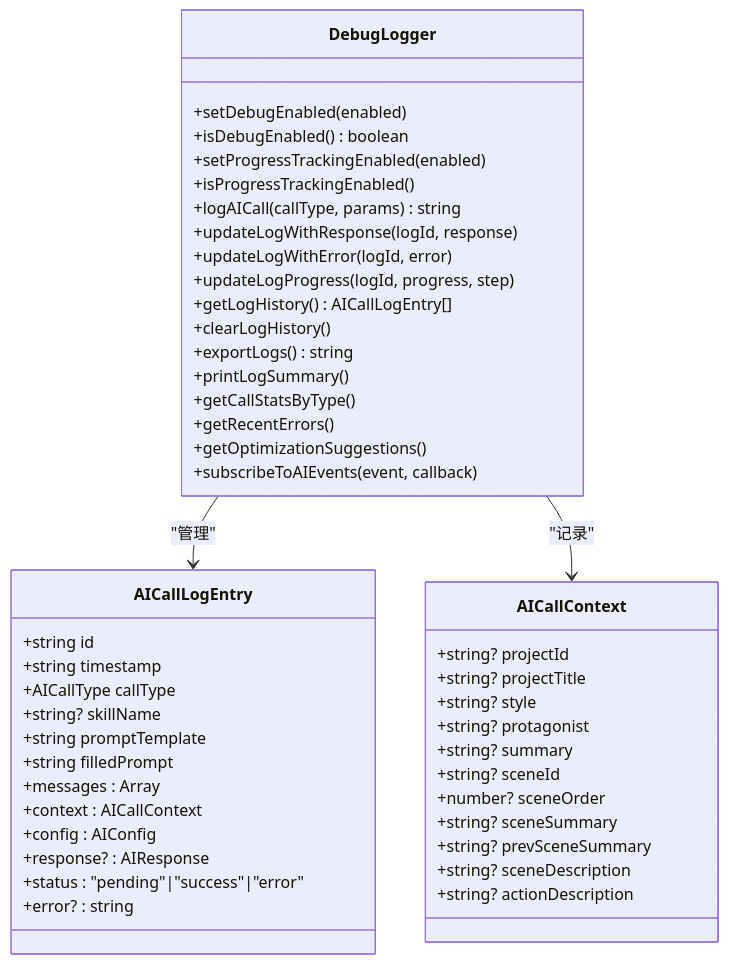
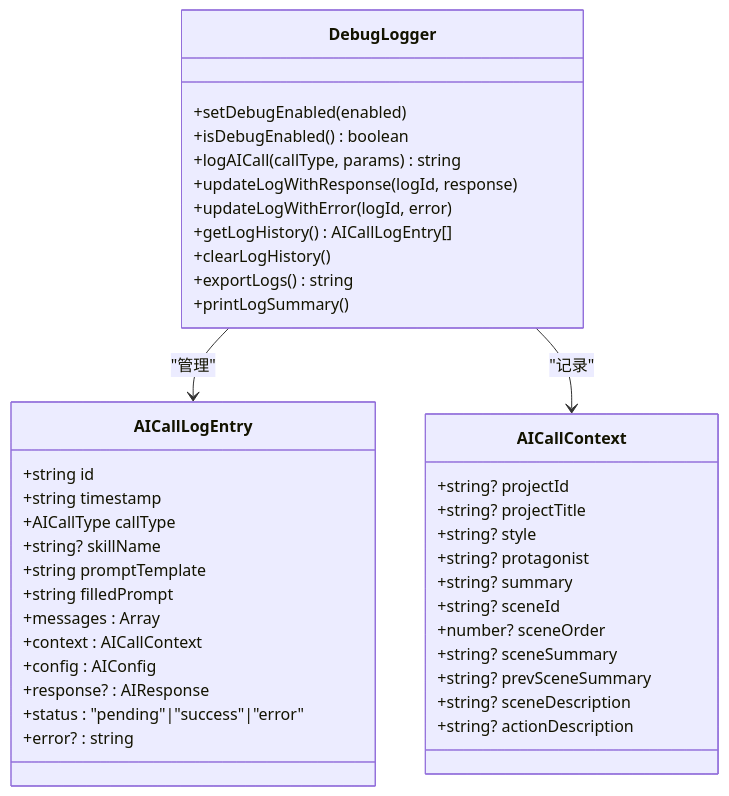
Before and after one commit to leonaiuv/aixsss: the third of 7 diagrams in .qoder/repowiki/zh/content/技术架构/AI调试日志器.md, drawn with Mermaid. The commit also changed other lines of this file and 24 other files, not shown here.

````diff
--- a/.qoder/repowiki/zh/content/技术架构/AI调试日志器.md
+++ b/.qoder/repowiki/zh/content/技术架构/AI调试日志器.md
@@ -178,50 +152,43 @@
 ```mermaid
 classDiagram
 class DebugLogger {
 +setDebugEnabled(enabled)
 +isDebugEnabled() boolean
-+setProgressTrackingEnabled(enabled)
-+isProgressTrackingEnabled()
 +logAICall(callType, params) string
 +updateLogWithResponse(logId, response)
 +updateLogWithError(logId, error)
-+updateLogProgress(logId, progress, step)
 +getLogHistory() AICallLogEntry[]
 +clearLogHistory()
 +exportLogs() string
 +printLogSummary()
-+getCallStatsByType()
-+getRecentErrors()
-+getOptimizationSuggestions()
-+subscribeToAIEvents(event, callback)
 }
 class AICallLogEntry {
 +string id
 +string timestamp
 +AICallType callType
 +string? skillName
 +string promptTemplate
 +string filledPrompt
 +messages : Array
 +context : AICallContext
 +config : AIConfig
 +response? : AIResponse
 +status : "pending"|"success"|"error"
 +error? : string
 }
 class AICallContext {
 +string? projectId
 +string? projectTitle
 +string? style
 +string? protagonist
 +string? summary
 +string? sceneId
 +number? sceneOrder
 +string? sceneSummary
 +string? prevSceneSummary
 +string? sceneDescription
 +string? actionDescription
 }
 DebugLogger --> AICallLogEntry : "管理"
 DebugLogger --> AICallContext : "记录"
 ```
````
